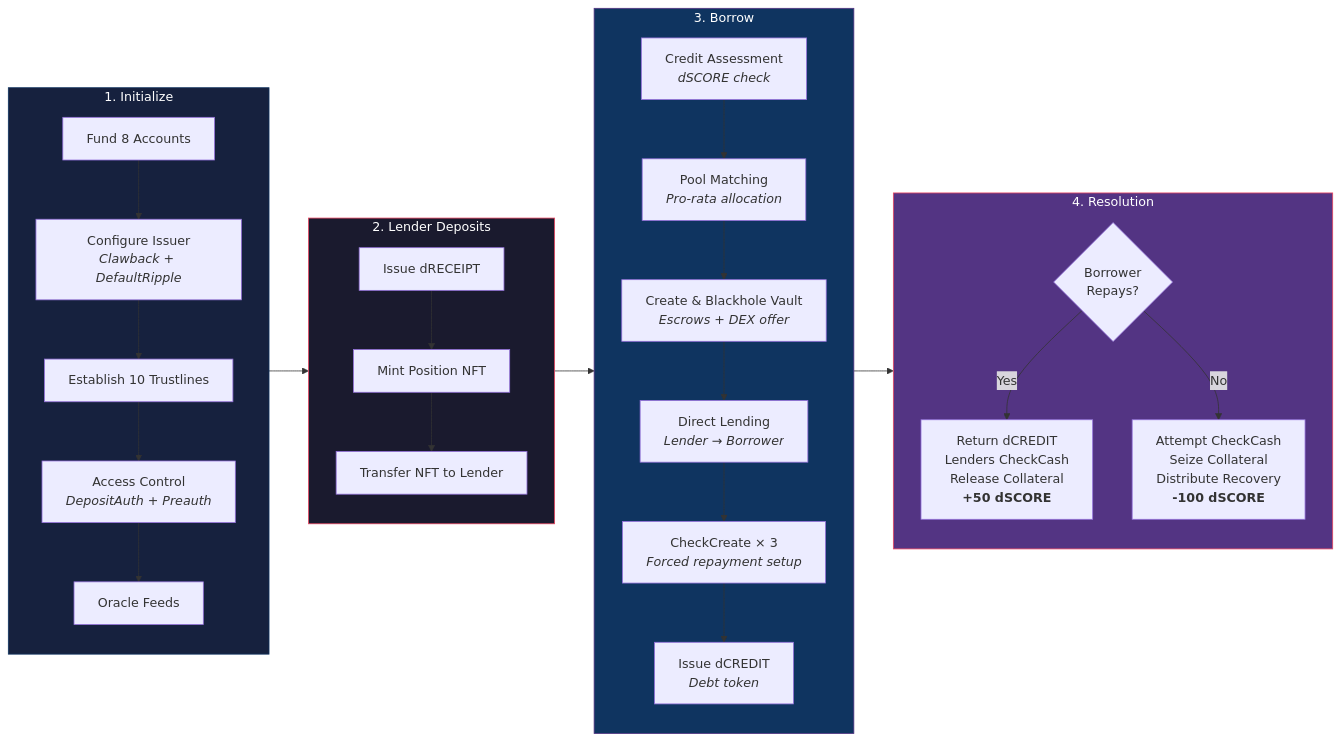
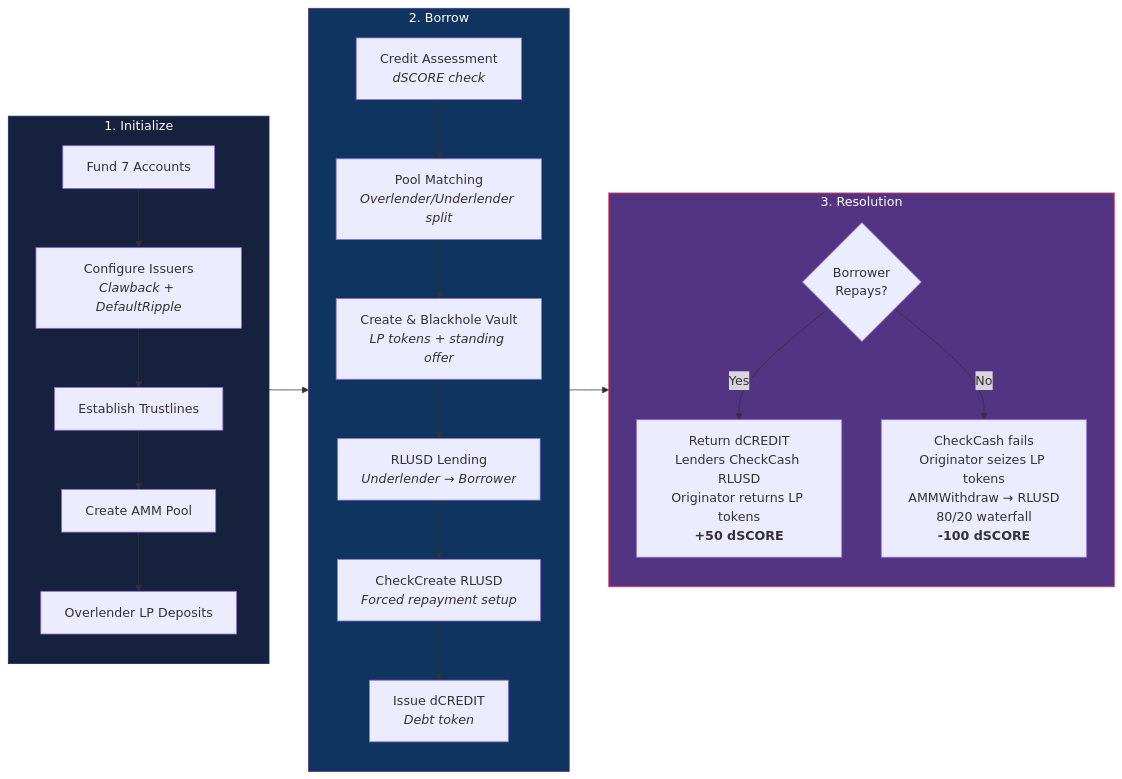
One commit to Quigles1337/DARQ-Credit-Protocol changed the fifth of 5 diagrams in README.md. Above: the diagram before and after it, drawn with Mermaid. The commit also changed other lines of this file and 14 other files, not shown here.

First line of the commit message:
DARQ Credit Protocol v3 — AMM-Backed Overlender Architecture

````diff
--- a/README.md
+++ b/README.md
@@ -242,35 +255,29 @@
 ```mermaid
 graph LR
     subgraph INIT["1. Initialize"]
-        I1[Fund 8 Accounts] --> I2[Configure Issuer<br/><i>Clawback + DefaultRipple</i>]
-        I2 --> I3[Establish 10 Trustlines]
-        I3 --> I4[Access Control<br/><i>DepositAuth + Preauth</i>]
-        I4 --> I5[Oracle Feeds]
+        I1[Fund 7 Accounts] --> I2[Configure Issuers<br/><i>Clawback + DefaultRipple</i>]
+        I2 --> I3[Establish Trustlines]
+        I3 --> I4[Create AMM Pool]
+        I4 --> I5[Overlender LP Deposits]
     end
 
-    subgraph DEPOSIT["2. Lender Deposits"]
-        D1[Issue dRECEIPT] --> D2[Mint Position NFT]
-        D2 --> D3[Transfer NFT to Lender]
-    end
-
-    subgraph BORROW["3. Borrow"]
-        B1[Credit Assessment<br/><i>dSCORE check</i>] --> B2[Pool Matching<br/><i>Pro-rata allocation</i>]
-        B2 --> B3[Create & Blackhole Vault<br/><i>Escrows + DEX offer</i>]
-        B3 --> B4[Direct Lending<br/><i>Lender → Borrower</i>]
-        B4 --> B5[CheckCreate × 3<br/><i>Forced repayment setup</i>]
+    subgraph BORROW["2. Borrow"]
+        B1[Credit Assessment<br/><i>dSCORE check</i>] --> B2[Pool Matching<br/><i>Overlender/Underlender split</i>]
+        B2 --> B3[Create & Blackhole Vault<br/><i>LP tokens + standing offer</i>]
+        B3 --> B4[RLUSD Lending<br/><i>Underlender → Borrower</i>]
+        B4 --> B5[CheckCreate RLUSD<br/><i>Forced repayment setup</i>]
         B5 --> B6[Issue dCREDIT<br/><i>Debt token</i>]
     end
 
-    subgraph RESOLVE["4. Resolution"]
+    subgraph RESOLVE["3. Resolution"]
         R1{Borrower<br/>Repays?}
-        R1 -->|Yes| R2[Return dCREDIT<br/>Lenders CheckCash<br/>Release Collateral<br/><b>+50 dSCORE</b>]
-        R1 -->|No| R3[Attempt CheckCash<br/>Seize Collateral<br/>Distribute Recovery<br/><b>-100 dSCORE</b>]
+        R1 -->|Yes| R2[Return dCREDIT<br/>Lenders CheckCash RLUSD<br/>Originator returns LP tokens<br/><b>+50 dSCORE</b>]
+        R1 -->|No| R3[CheckCash fails<br/>Originator seizes LP tokens<br/>AMMWithdraw → RLUSD<br/>80/20 waterfall<br/><b>-100 dSCORE</b>]
     end
 
-    INIT --> DEPOSIT --> BORROW --> RESOLVE
+    INIT --> BORROW --> RESOLVE
 
     style INIT fill:#16213e,stroke:#0f3460,color:#fff
-    style DEPOSIT fill:#1a1a2e,stroke:#e94560,color:#fff
     style BORROW fill:#0f3460,stroke:#533483,color:#fff
     style RESOLVE fill:#533483,stroke:#e94560,color:#fff
 ```
````
